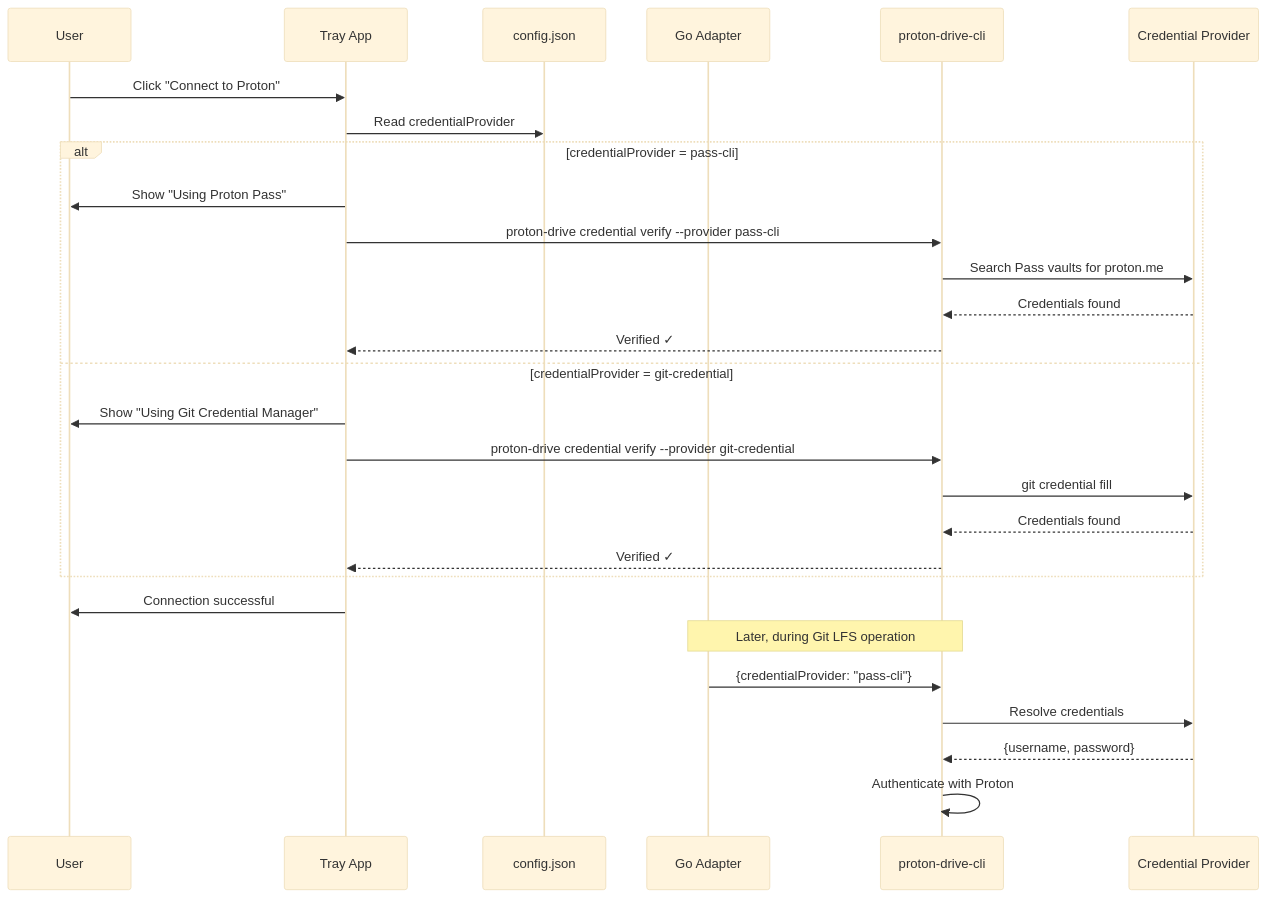
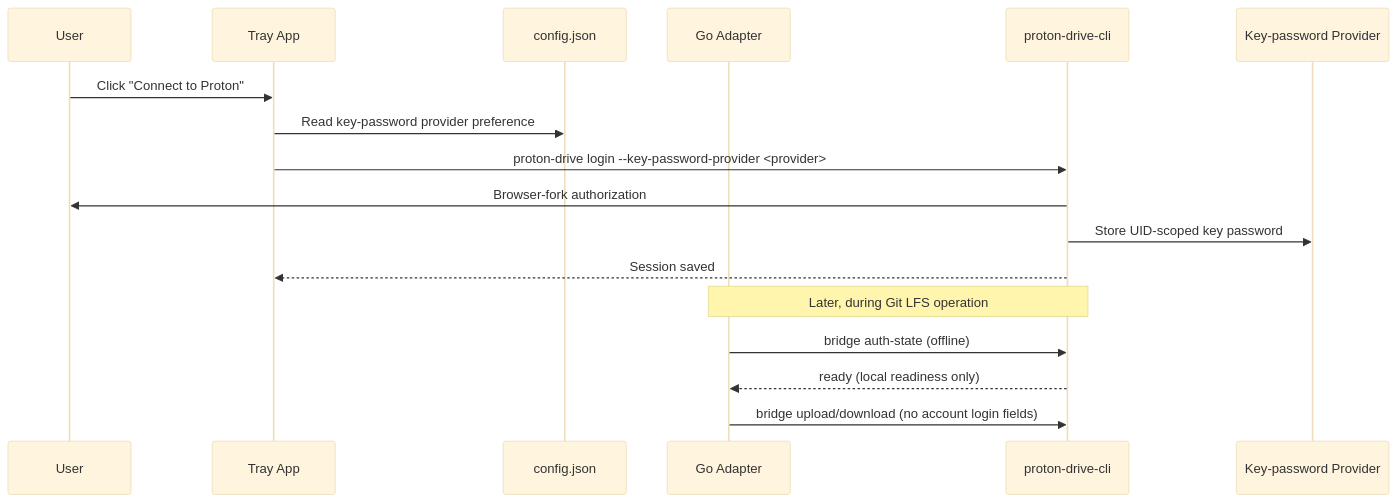
One commit to SevenOfNine-labs/proton-lfs-cli changed the sixth of 14 diagrams in docs/architecture/architecture.md. Above: the diagram before and after it, drawn with Mermaid (base theme). The commit also changed other lines of this file and 91 other files, not shown here.

First line of the commit message:
feat(auth): browser-fork sessions, offline gates and live canaries

````diff
--- a/docs/architecture/architecture.md
+++ b/docs/architecture/architecture.md
@@ -276,35 +282,22 @@
 ```mermaid
 sequenceDiagram
     participant User
     participant Tray as Tray App
     participant Config as config.json
     participant Adapter as Go Adapter
-    participant Bridge as proton-drive-cli
-    participant Provider as Credential Provider
+    participant DriveCLI as proton-drive-cli
+    participant Provider as Key-password Provider
 
     User->>Tray: Click "Connect to Proton"
-    Tray->>Config: Read credentialProvider
+    Tray->>Config: Read key-password provider preference
+    Tray->>DriveCLI: proton-drive login --key-password-provider <provider>
+    DriveCLI->>User: Browser-fork authorization
+    DriveCLI->>Provider: Store UID-scoped key password
+    DriveCLI-->>Tray: Session saved
 
-    alt credentialProvider = pass-cli
-        Tray->>User: Show "Using Proton Pass"
-        Tray->>Bridge: proton-drive credential verify --provider pass-cli
-        Bridge->>Provider: Search Pass vaults for proton.me
-        Provider-->>Bridge: Credentials found
-        Bridge-->>Tray: Verified ✓
-    else credentialProvider = git-credential
-        Tray->>User: Show "Using Git Credential Manager"
-        Tray->>Bridge: proton-drive credential verify --provider git-credential
-        Bridge->>Provider: git credential fill
-        Provider-->>Bridge: Credentials found
-        Bridge-->>Tray: Verified ✓
-    end
-
-    Tray->>User: Connection successful
-
-    Note over Adapter,Bridge: Later, during Git LFS operation
-    Adapter->>Bridge: {credentialProvider: "pass-cli"}
-    Bridge->>Provider: Resolve credentials
-    Provider-->>Bridge: {username, password}
-    Bridge->>Bridge: Authenticate with Proton
+    Note over Adapter,DriveCLI: Later, during Git LFS operation
+    Adapter->>DriveCLI: bridge auth-state (offline)
+    DriveCLI-->>Adapter: ready (local readiness only)
+    Adapter->>DriveCLI: bridge upload/download (no account login fields)
 
 ```
````
